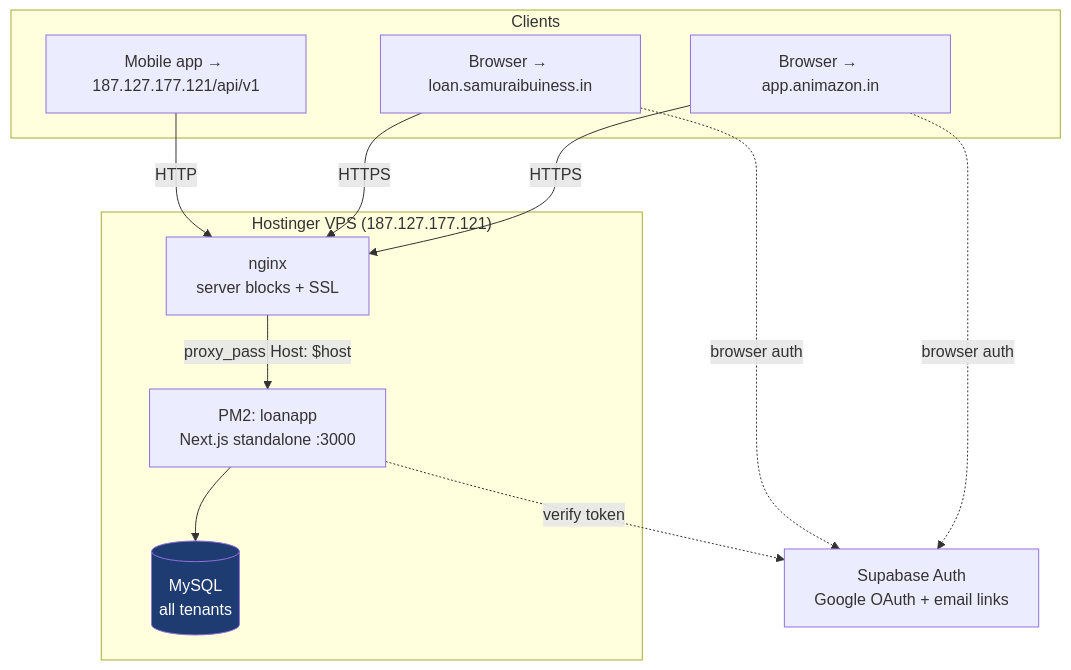
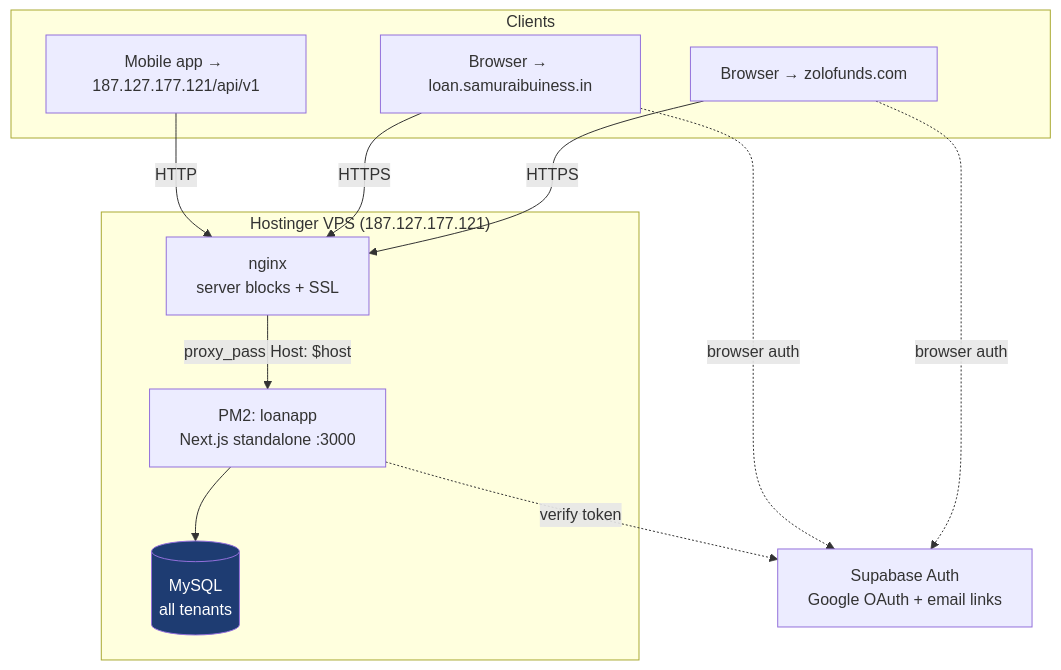
The first of 11 diagrams in docs/multi-domain-architecture.md (nandha3d/loanapp), drawn with Mermaid before and after one commit. The commit also changed other lines of this file and 52 other files, not shown here.

````diff
--- a/docs/multi-domain-architecture.md
+++ b/docs/multi-domain-architecture.md
@@ -17,28 +17,28 @@
 ```mermaid
 flowchart TB
     subgraph Clients
-      A1[Browser → app.animazon.in]
+      A1[Browser → zolofunds.com]
       A2[Browser → loan.samuraibuiness.in]
       A3[Mobile app → 187.127.177.121/api/v1]
     end
 
     subgraph VPS["Hostinger VPS (187.127.177.121)"]
       NG[nginx<br/>server blocks + SSL]
       PM[PM2: loanapp<br/>Next.js standalone :3000]
       DB[(MySQL<br/>all tenants)]
     end
 
     SB[Supabase Auth<br/>Google OAuth + email links]
 
     A1 -->|HTTPS| NG
     A2 -->|HTTPS| NG
     A3 -->|HTTP| NG
     NG -->|proxy_pass Host: $host| PM
     PM --> DB
     A1 -. browser auth .-> SB
     A2 -. browser auth .-> SB
     PM -. verify token .-> SB
 
     classDef db fill:#1e3c72,color:#fff
     class DB db
 ```
````
